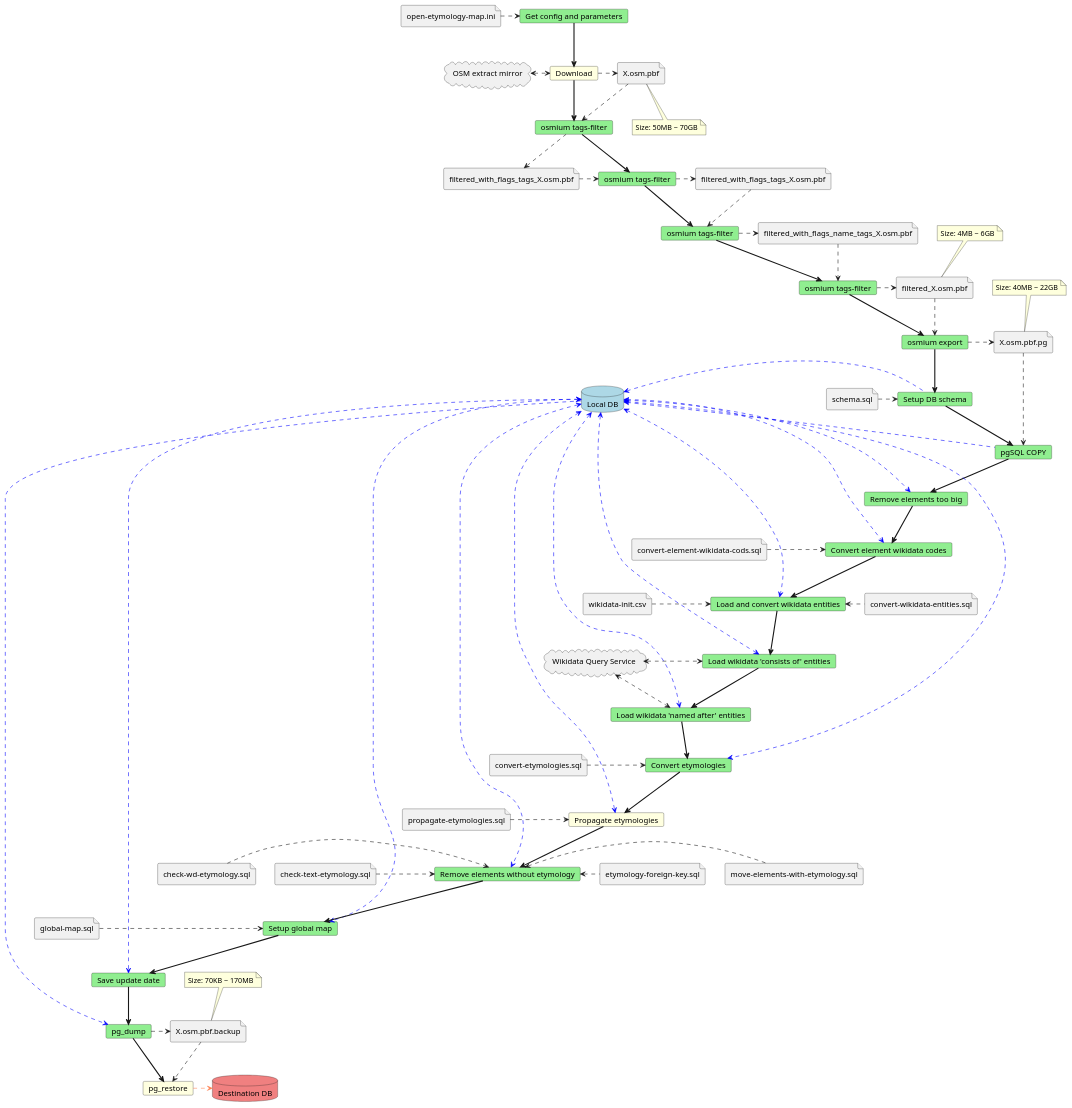
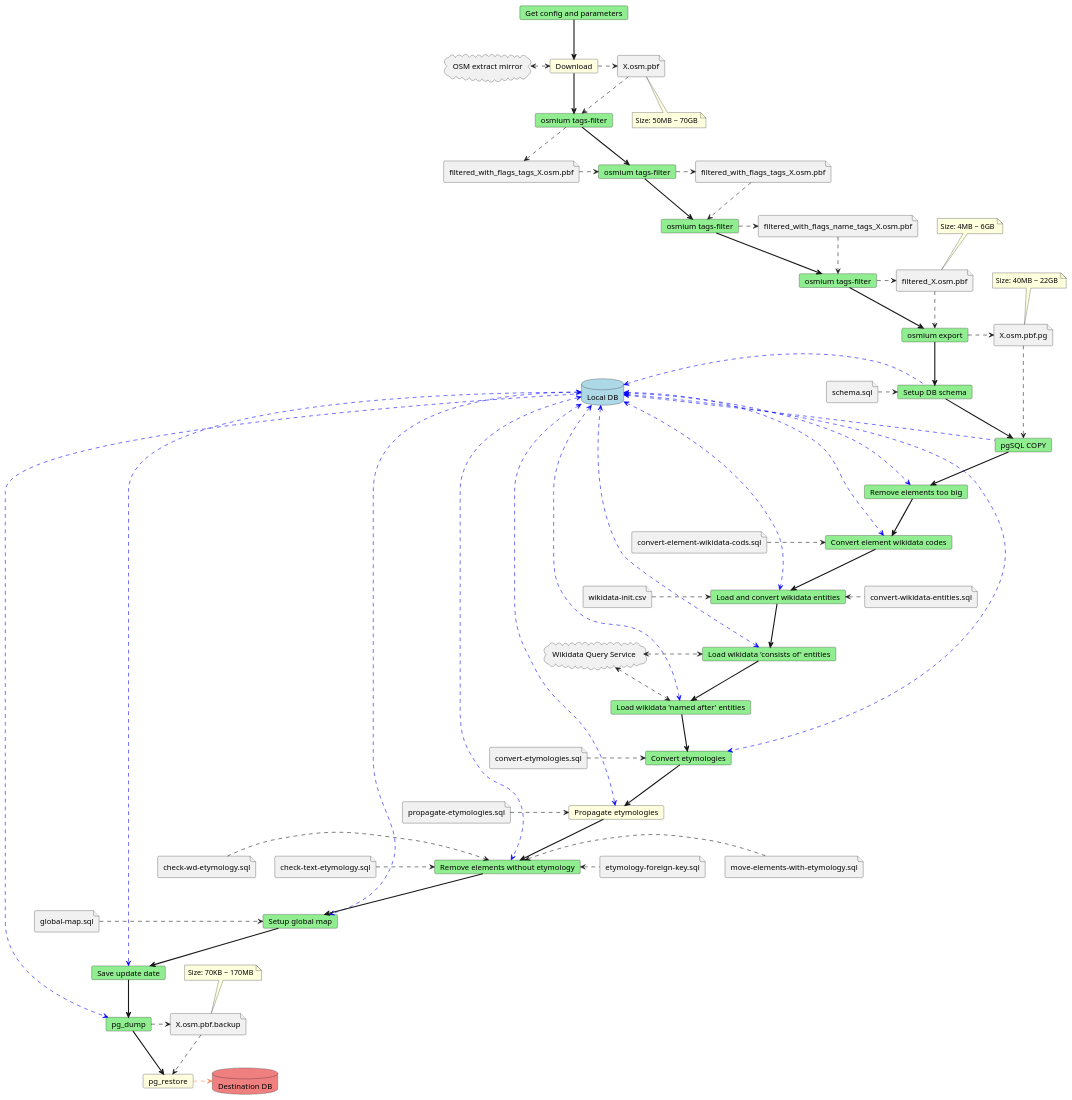
The diagram in images/db-init.plantuml (Danysan1/osm-wikidata-map-framework), drawn with PlantUML before and after one commit. The commit also changed 39 other files, not shown here.

Commit message:
web/open-etymology-map.ini => .env

```diff
--- a/images/db-init.plantuml
+++ b/images/db-init.plantuml
@@ -1,150 +1,148 @@
 @startuml db-init
 
-file "open-etymology-map.ini" as conf
 card "Get config and parameters" as param #LightGreen
 cloud "OSM extract mirror" as mirror
 file X.osm.pbf
 card Download #LightYellow
 mirror <.> Download
-conf .> param
 param -[bold]-> Download
 Download .> X.osm.pbf
 
 note as xsize
   Size: 50MB ~ 70GB
 end note
 X.osm.pbf .. xsize
 
 card "osmium tags-filter" as filter1 #LightGreen
 file filtered_with_flags_tags_X.osm.pbf as file1
 X.osm.pbf .> filter1
 Download -[bold]-> filter1
 filter1 .> file1
 
 card "osmium tags-filter" as filter2 #LightGreen
 file filtered_with_flags_tags_X.osm.pbf as file2
 file1 .> filter2
 filter1 -[bold]-> filter2
 filter2 .> file2
 
 card "osmium tags-filter" as filter3 #LightGreen
 file filtered_with_flags_name_tags_X.osm.pbf as file3
 file2 .> filter3
 filter2 -[bold]-> filter3
 filter3 .> file3
 
 card "osmium tags-filter" as filter4 #LightGreen
 file filtered_X.osm.pbf as file4
 file3 .> filter4
 filter3 -[bold]-> filter4
 filter4 .> file4
 
 note as 4size
   Size: 4MB ~ 6GB
 end note
 4size .. file4
 
 card "osmium export" as export #LightGreen
 file X.osm.pbf.pg as tsv
 file4 .> export
 filter4 -[bold]-> export
 export .> tsv
 
 note as tsvsize
   Size: 40MB ~ 22GB
 end note
 tsvsize .. tsv
 
 database "Local DB" as db #LightBlue
 card "Setup DB schema" as setup #LightGreen
 file "schema.sql" as sqlschema
 sqlschema .> setup
 setup .left.> db #Blue
 export -[bold]-> setup
 
 card "pgSQL COPY" as copy #LightGreen
 tsv .> copy
 setup -[bold]-> copy
 copy .left.> db #Blue
 
 card "Remove elements too big" as toobig #LightGreen
 toobig <.left.> db #Blue
 copy -[bold]-> toobig
 
 card "Convert element wikidata codes" as wdcod #LightGreen
 file "convert-element-wikidata-cods.sql" as sqlwdcod
 sqlwdcod .> wdcod
 wdcod <.left.> db #Blue
 toobig -[bold]-> wdcod
 
 card "Load and convert wikidata entities" as wdent #LightGreen
 file "wikidata-init.csv" as csv
 file "convert-wikidata-entities.sql" as sqlwdent
 wdent <. sqlwdent
 csv .> wdent
 wdent <.left.> db #Blue
 wdcod -[bold]-> wdent
 
 card "Load wikidata 'consists of' entities" as wdcoent #LightGreen
 cloud "Wikidata Query Service" as wd
 wd <.> wdcoent
 wdcoent <.left.> db #Blue
 wdent -[bold]-> wdcoent
 
 card "Load wikidata 'named after' entities" as wdnaent #LightGreen
 wd <.> wdnaent
 wdnaent <.left.> db #Blue
 wdcoent -[bold]-> wdnaent
 
 card "Convert etymologies" as ety #LightGreen
 file "convert-etymologies.sql" as sqlety
 sqlety .> ety
 ety <.left.> db #Blue
 wdnaent -[bold]-> ety
 
 card "Propagate etymologies" as propagate #LightYellow
 file "propagate-etymologies.sql" as sqlpropagate
 sqlpropagate .> propagate
 propagate <.left.> db #Blue
 ety -[bold]-> propagate
 
 card "Remove elements without etymology" as temp #LightGreen
 file "check-wd-etymology.sql" as sqlwd
 file "check-text-etymology.sql" as sqltext
 file "move-elements-with-etymology.sql" as sqltemp
 file "etymology-foreign-key.sql" as sqlfk
 sqlwd .> temp
 sqltext .> temp
 temp <. sqltemp
 temp <. sqlfk
 temp <.left.> db #Blue
 propagate -[bold]-> temp
 
 card "Setup global map" as global #LightGreen
 file "global-map.sql" as sqlglobal
 sqlglobal .> global
 global <.left.> db #Blue
 temp -[bold]-> global
 
 card "Save update date" as date #LightGreen
 date <.left.> db #Blue
 global -[bold]-> date
 
 file X.osm.pbf.backup as backup
 card pg_dump #LightGreen
 db .> pg_dump #Blue
 pg_dump .> backup
 date -[bold]-> pg_dump
 
 note as busize
   Size: 70KB ~ 170MB
 end note
 busize .. backup
 
 database "Destination DB" as destdb #LightCoral
 card pg_restore #LightYellow
 backup .> pg_restore
 pg_restore .> destdb #Coral
 pg_dump -[bold]-> pg_restore
 
 @enduml
```
